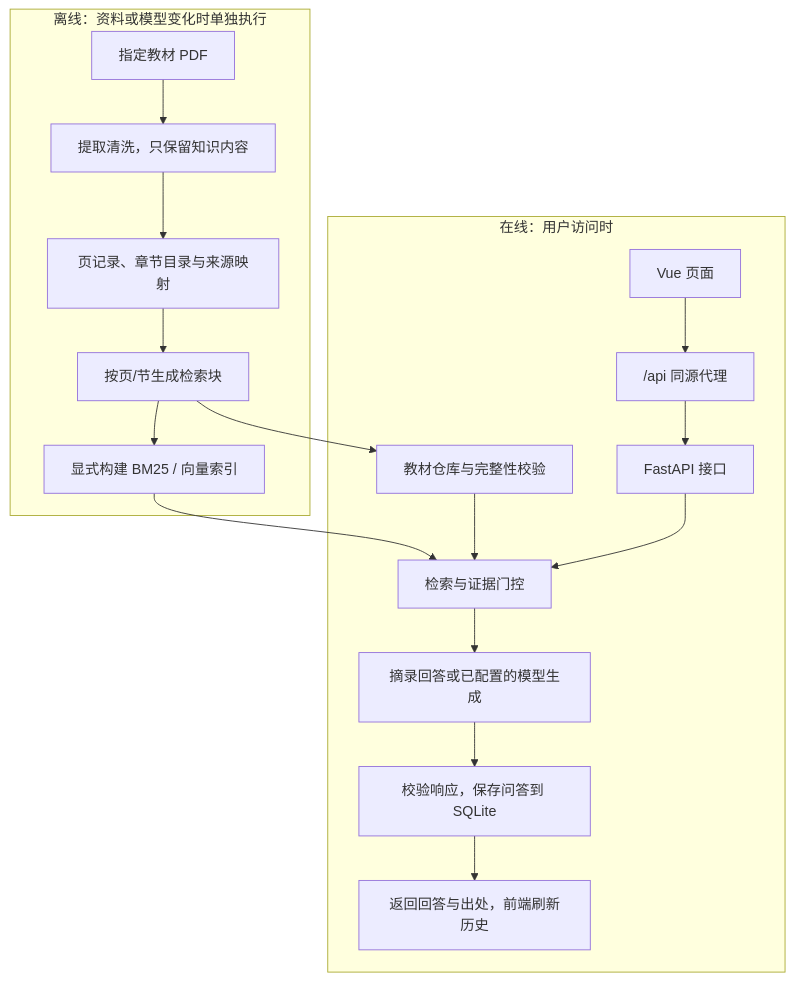
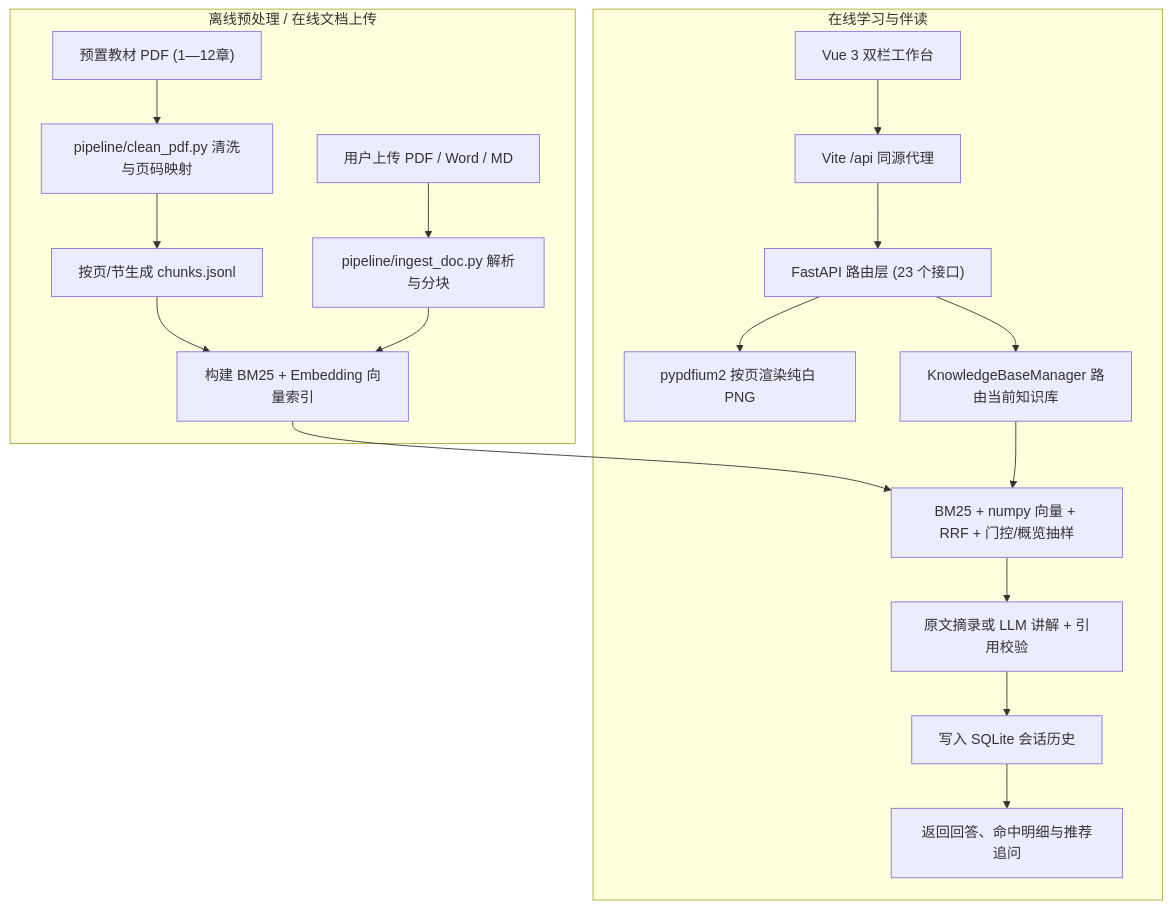
Before and after one commit to xie-good/hybrid-learning-agent: the diagram in docs/project-runtime-flow.md, drawn with Mermaid. The commit also changed other lines of this file and 5 other files, not shown here.

````diff
--- a/docs/project-runtime-flow.md
+++ b/docs/project-runtime-flow.md
@@ -20,20 +20,21 @@
 ```mermaid
 flowchart TB
-    subgraph Offline["离线：资料或模型变化时单独执行"]
-        PDF["指定教材 PDF"] --> Clean["提取清洗，只保留知识内容"]
-        Clean --> Pages["页记录、章节目录与来源映射"]
-        Pages --> Chunks["按页/节生成检索块"]
-        Chunks --> Index["显式构建 BM25 / 向量索引"]
+    subgraph Ingest["离线预处理 / 在线文档上传"]
+        PrePDF["预置教材 PDF (1—12章)"] --> Clean["pipeline/clean_pdf.py 清洗与页码映射"]
+        Clean --> Chunks["按页/节生成 chunks.jsonl"]
+        UserDoc["用户上传 PDF / Word / MD"] --> IngestDoc["pipeline/ingest_doc.py 解析与分块"]
+        Chunks --> Index["构建 BM25 + Embedding 向量索引"]
+        IngestDoc --> Index
     end
-    subgraph Online["在线：用户访问时"]
-        Vue["Vue 页面"] --> Proxy["/api 同源代理"]
-        Proxy --> API["FastAPI 接口"]
-        Chunks --> Corpus["教材仓库与完整性校验"]
-        Index --> Retrieval["检索与证据门控"]
-        Corpus --> Retrieval
-        API --> Retrieval
-        Retrieval --> Answer["摘录回答或已配置的模型生成"]
-        Answer --> History["校验响应，保存问答到 SQLite"]
-        History --> Result["返回回答与出处，前端刷新历史"]
+    subgraph Online["在线学习与伴读"]
+        Vue["Vue 3 双栏工作台"] --> Proxy["Vite /api 同源代理"]
+        Proxy --> API["FastAPI 路由层 (23 个接口)"]
+        API --> PdfImg["pypdfium2 按页渲染纯白 PNG"]
+        API --> KB["KnowledgeBaseManager 路由当前知识库"]
+        Index --> Retrieval["BM25 + numpy 向量 + RRF + 门控/概览抽样"]
+        KB --> Retrieval
+        Retrieval --> Answer["原文摘录或 LLM 讲解 + 引用校验"]
+        Answer --> History["写入 SQLite 会话历史"]
+        History --> Result["返回回答、命中明细与推荐追问"]
     end
 ```
````
